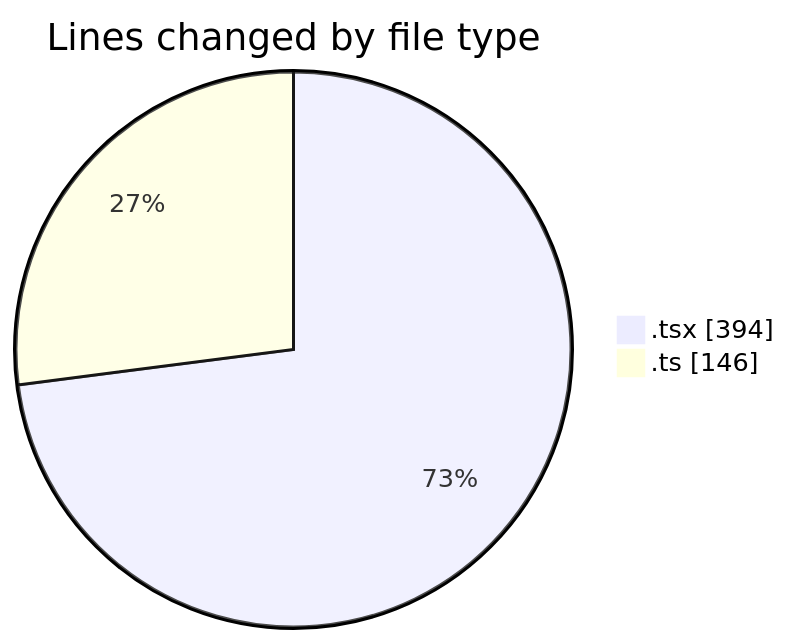
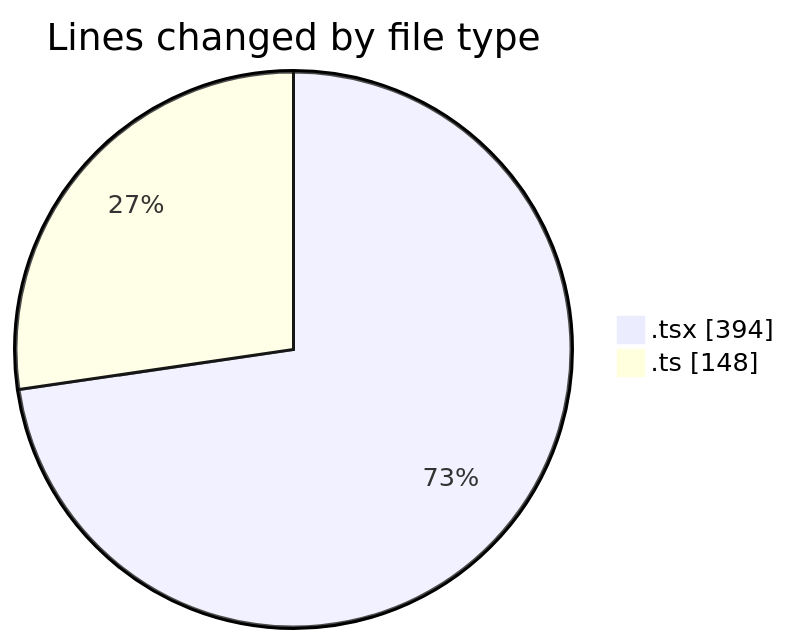
One commit to robertbonfada/code-tracking changed the first of 2 diagrams in 2025-05-20/mbc-web/README.md. Above: the diagram before and after it, drawn with Mermaid. The commit also changed other lines of this file and 1 other file, not shown here.

````diff
--- a/2025-05-20/mbc-web/README.md
+++ b/2025-05-20/mbc-web/README.md
@@ -24,6 +24,6 @@
 ```mermaid
 pie showData
 title Lines changed by file type
 ".tsx" : 394
-".ts" : 146
+".ts" : 148
 ```
````
